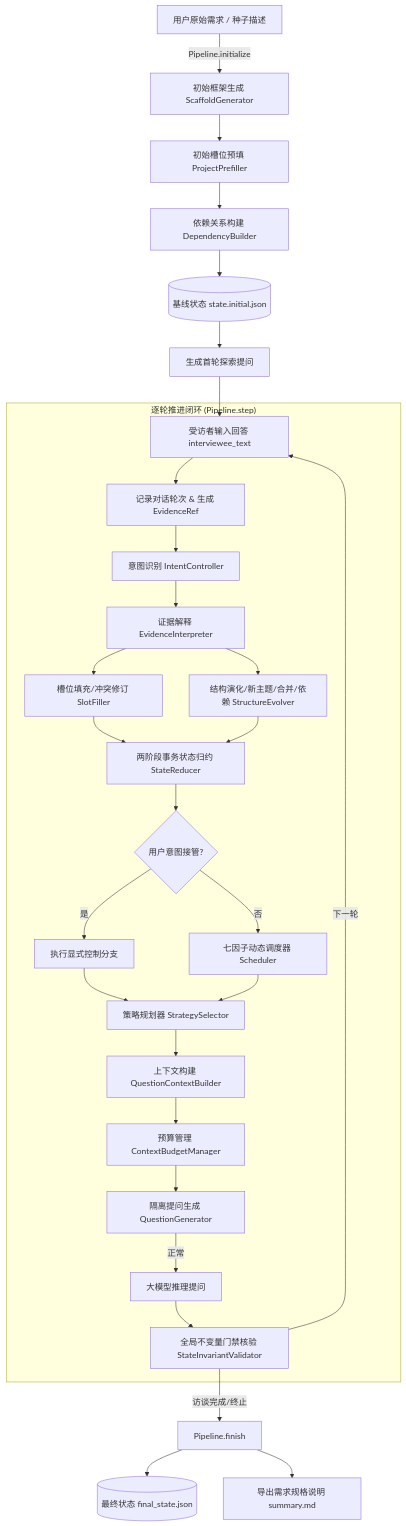
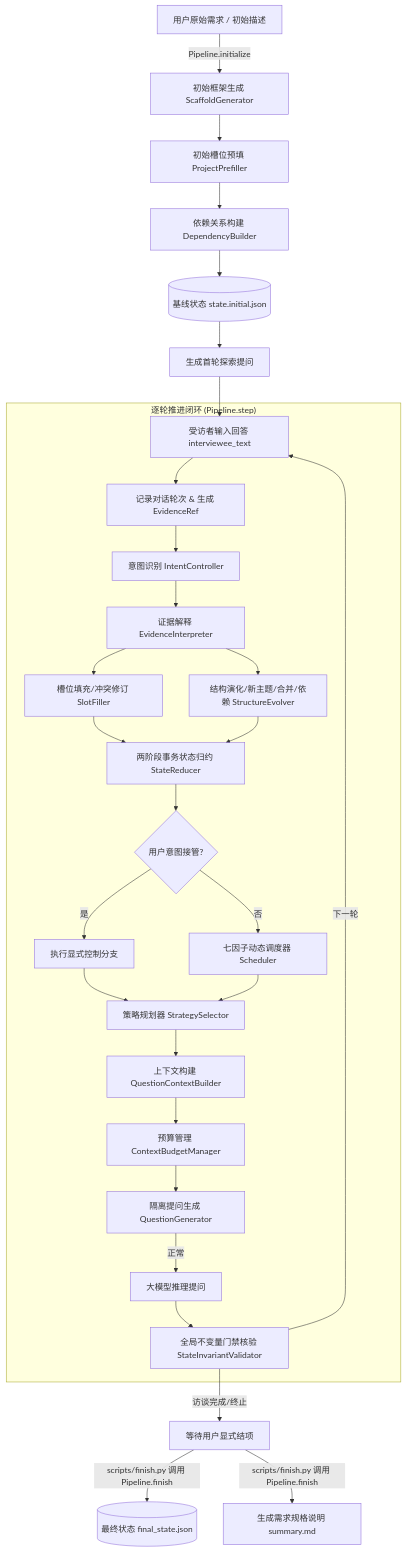
One commit to EchoAran/requirements_interview_fse changed the diagram in README_zh.md. Above: the diagram before and after it, drawn with Mermaid. The commit also changed other lines of this file and 18 other files, not shown here.

````diff
--- a/README_zh.md
+++ b/README_zh.md
@@ -48,33 +48,33 @@
 ```mermaid
 flowchart TD
-    A[用户原始需求 / 种子描述] -->|Pipeline.initialize| B[初始框架生成 ScaffoldGenerator]
+    A[用户原始需求 / 初始描述] -->|Pipeline.initialize| B[初始框架生成 ScaffoldGenerator]
     B --> C[初始槽位预填 ProjectPrefiller]
     C --> D[依赖关系构建 DependencyBuilder]
     D --> E[(基线状态 state.initial.json)]
 
     E --> F[生成首轮探索提问]
     F --> G[受访者输入回答 interviewee_text]
 
     subgraph "逐轮推进闭环 (Pipeline.step)"
         G --> H[记录对话轮次 & 生成 EvidenceRef]
         H --> I[意图识别 IntentController]
         I --> J[证据解释 EvidenceInterpreter]
         J --> K[槽位填充/冲突修订 SlotFiller]
         J --> L[结构演化/新主题/合并/依赖 StructureEvolver]
         K & L --> M[两阶段事务状态归约 StateReducer]
         M --> N{用户意图接管?}
         N -- 是 --> O[执行显式控制分支]
         N -- 否 --> P[七因子动态调度器 Scheduler]
         O & P --> Q[策略规划器 StrategySelector]
         Q --> R[上下文构建 QuestionContextBuilder]
         R --> S[预算管理 ContextBudgetManager]
         S --> T[隔离提问生成 QuestionGenerator]
         T -->|正常| V[大模型推理提问]
         V --> W[全局不变量门禁核验 StateInvariantValidator]
     end
 
     W -->|下一轮| G
-    W -->|访谈完成/终止| X[Pipeline.finish]
-    X --> Y[(最终状态 final_state.json)]
-    X --> Z[导出需求规格说明 summary.md]
+    W -->|访谈完成/终止| X[等待用户显式结项]
+    X -->|scripts/finish.py 调用 Pipeline.finish| Y[(最终状态 final_state.json)]
+    X -->|scripts/finish.py 调用 Pipeline.finish| Z[生成需求规格说明 summary.md]
 ```
````
